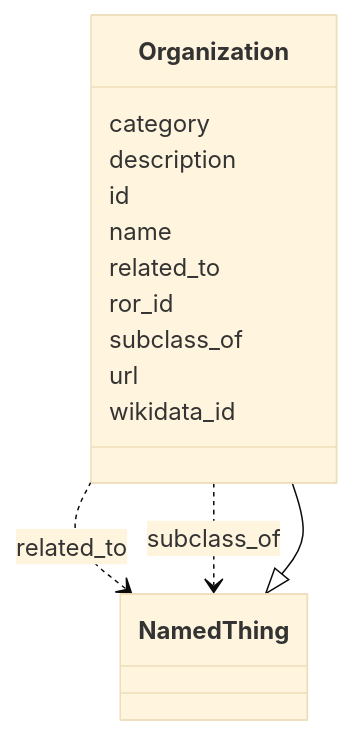
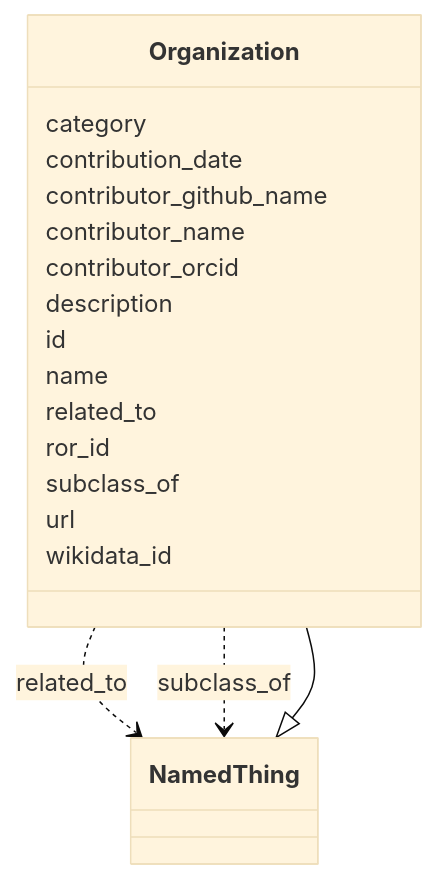
Before and after one commit to bridge2ai/standards-schemas: the diagram in docs/Organization.md, drawn with Mermaid (base theme). The commit also changed other lines of this file and 51 other files, not shown here.

````diff
--- a/docs/Organization.md
+++ b/docs/Organization.md
@@ -11,29 +11,37 @@
 ```mermaid
  classDiagram
     class Organization
       NamedThing <|-- Organization
       
       Organization : category
+        
+      Organization : contribution_date
+        
+      Organization : contributor_github_name
+        
+      Organization : contributor_name
+        
+      Organization : contributor_orcid
         
       Organization : description
         
       Organization : id
         
       Organization : name
         
       Organization : related_to
         
           Organization ..> NamedThing : related_to
         
       Organization : ror_id
         
       Organization : subclass_of
         
           Organization ..> NamedThing : subclass_of
         
       Organization : url
         
       Organization : wikidata_id
         
       
 ```
````
